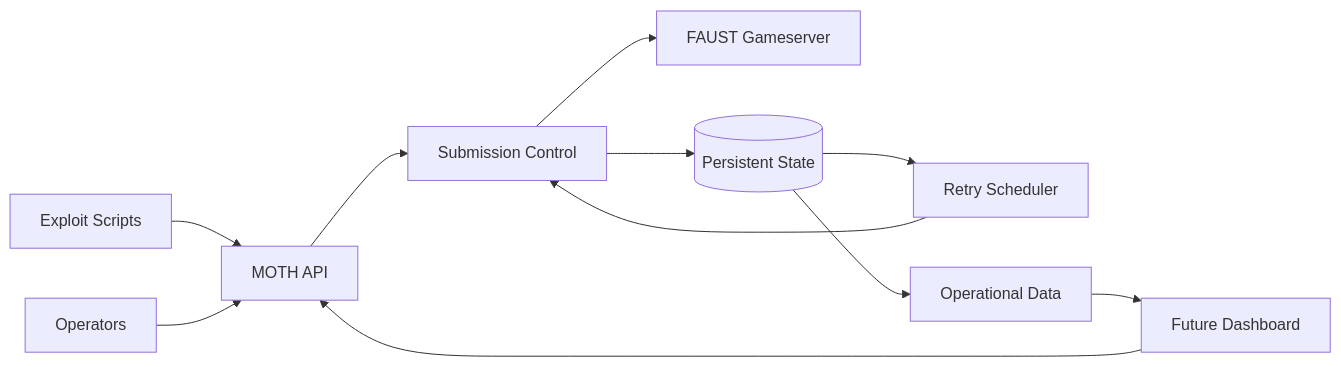
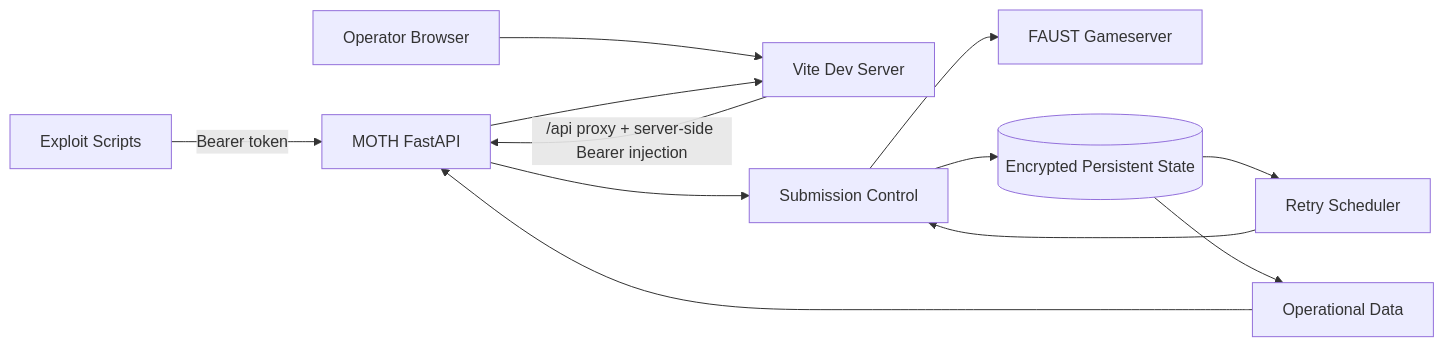
One commit to Denis-Krueger-labs/MOTH changed the second of 3 diagrams in README.md. Above: the diagram before and after it, drawn with Mermaid. The commit also changed other lines of this file and 3 other files, not shown here.

````diff
--- a/README.md
+++ b/README.md
@@ -75,16 +93,18 @@
 ```mermaid
 flowchart LR
-    A[Exploit Scripts] --> B[MOTH API]
-    C[Operators] --> B
-    D[Future Dashboard] --> B
+    EXPLOIT[Exploit Scripts] -->|Bearer token| API[MOTH FastAPI]
 
-    B --> E[Submission Control]
-    E --> F[FAUST Gameserver]
-    E --> G[(Persistent State)]
+    OPERATOR[Operator Browser] --> VITE[Vite Dev Server]
+    VITE -->|/api proxy + server-side Bearer injection| API
 
-    G --> H[Retry Scheduler]
-    H --> E
+    API --> CONTROL[Submission Control]
+    CONTROL --> GAME[FAUST Gameserver]
+    CONTROL --> STATE[(Encrypted Persistent State)]
 
-    G --> I[Operational Data]
-    I --> D
+    STATE --> RETRY[Retry Scheduler]
+    RETRY --> CONTROL
+
+    STATE --> TELEMETRY[Operational Data]
+    TELEMETRY --> API
+    API --> VITE
 ```
````
